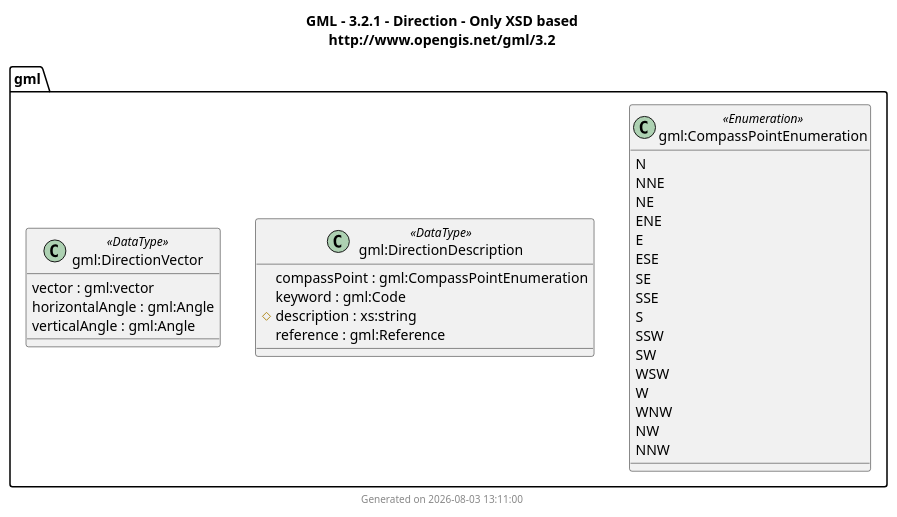
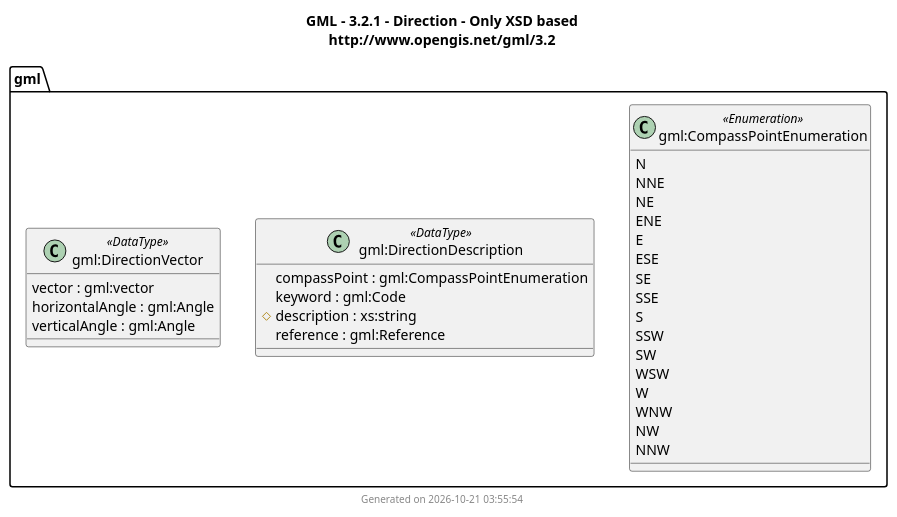
The diagram in docs/output/GML/3.2.1/UMLClassDiagram/direction.puml (muratkendir/every-class), drawn with PlantUML before and after one commit. The commit also changed 37 other files, not shown here.

Commit message:
cross-compilation diagram generation added.

```diff
--- a/docs/output/GML/3.2.1/UMLClassDiagram/direction.puml
+++ b/docs/output/GML/3.2.1/UMLClassDiagram/direction.puml
@@ -1,59 +1,59 @@
 @startuml
 title
   GML - 3.2.1 - Direction - Only XSD based
   http://www.opengis.net/gml/3.2
 end title
 
 package gml {
-class "gml:DirectionProperty" $property {
+class "gml:DirectionProperty" as gml_DirectionProperty $property {
   DirectionVector : gml:DirectionVector
   DirectionDescription : gml:DirectionDescription
   CompassPoint : gml:CompassPointEnumeration
   DirectionKeyword : gml:Code
   DirectionString : gml:StringOrRef
 }
-class "gml:DirectionVector" <<DataType>> {
+class "gml:DirectionVector" as gml_DirectionVector <<DataType>> {
   vector : gml:vector
   horizontalAngle : gml:Angle
   verticalAngle : gml:Angle
 }
-class "gml:DirectionDescription" <<DataType>> {
+class "gml:DirectionDescription" as gml_DirectionDescription <<DataType>> {
   compassPoint : gml:CompassPointEnumeration
   keyword : gml:Code
   # description : xs:string
   reference : gml:Reference
 }
 
 ' Simple types (from <simpleType> declarations)
-class "gml:CompassPointEnumeration" <<Enumeration>> {
+class "gml:CompassPointEnumeration" as gml_CompassPointEnumeration <<Enumeration>> {
   N
   NNE
   NE
   ENE
   E
   ESE
   SE
   SSE
   S
   SSW
   SW
   WSW
   W
   WNW
   NW
   NNW
 }
 }
 
 
 ' Property pseudo-classes are removed from rendering by default;
 ' remove the next line to show them.
 remove $property
 
 ' Attributes with value types from other namespaces are marked as
 ' protected members (# ) and shown by default; uncomment the next
 ' line to hide them.
 ' hide protected members
 
-footer Generated on 2026-08-03 13:11:00
+footer Generated on 2026-10-21 03:55:54
 @enduml
```
